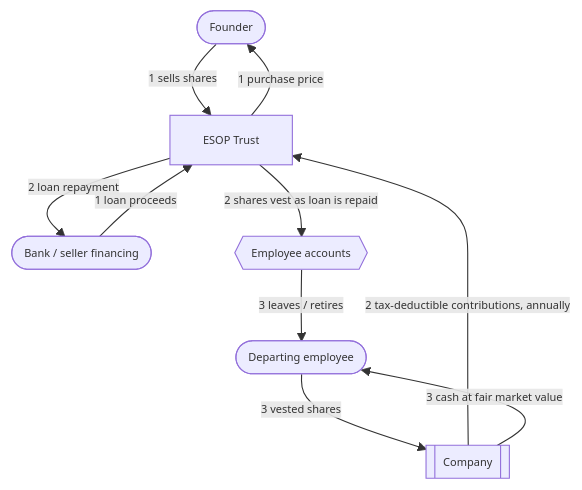
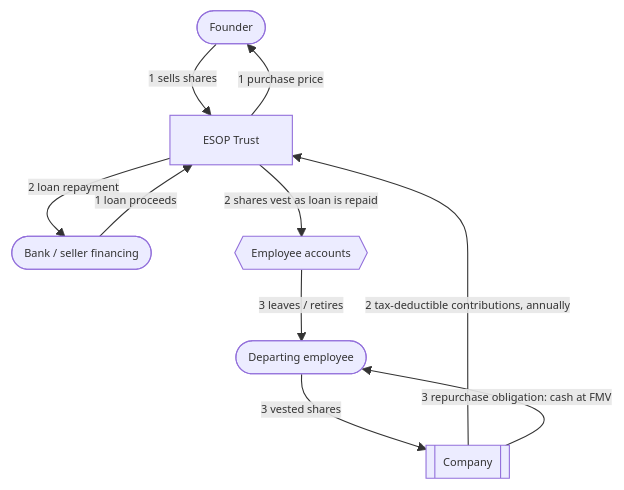
The first of 2 diagrams in governance/commons-hub-pattern.md (doikayt/admin), drawn with Mermaid before and after one commit. The commit also changed other lines of this file, not shown here.

First line of the commit message:
docs: fix disillusionment typo, label repurchase obligation in ESOP diagram

````diff
--- a/governance/commons-hub-pattern.md
+++ b/governance/commons-hub-pattern.md
@@ -402,20 +404,20 @@
 ```mermaid
 %%{init: {"themeVariables": {"fontSize": "10px"}}}%%
 flowchart TD
     Founder([Founder])
     Lender([Bank / seller financing])
     Trust[ESOP Trust]
     Company[[Company]]
     Employees{{Employee accounts}}
     Departing([Departing employee])
 
     Founder -- "1 sells shares" --> Trust
     Lender -- "1 loan proceeds" --> Trust
     Trust -- "1 purchase price" --> Founder
     Company -- "2 tax-deductible contributions, annually" --> Trust
     Trust -- "2 loan repayment" --> Lender
     Trust -- "2 shares vest as loan is repaid" --> Employees
     Employees -- "3 leaves / retires" --> Departing
     Departing -- "3 vested shares" --> Company
-    Company -- "3 cash at fair market value" --> Departing
+    Company -- "3 repurchase obligation: cash at FMV" --> Departing
 ```
````
